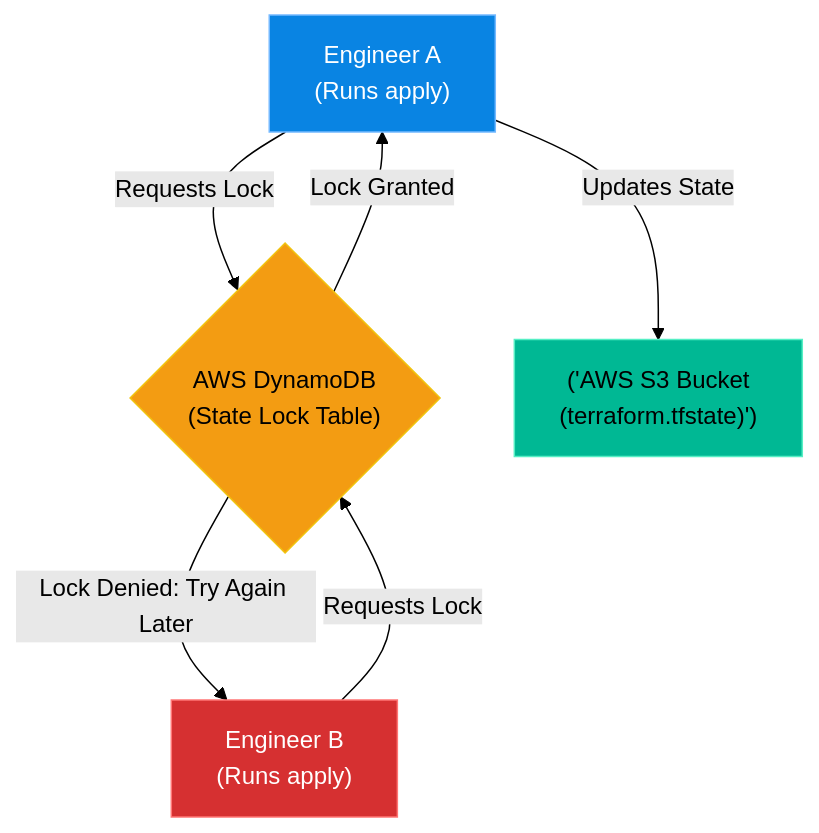
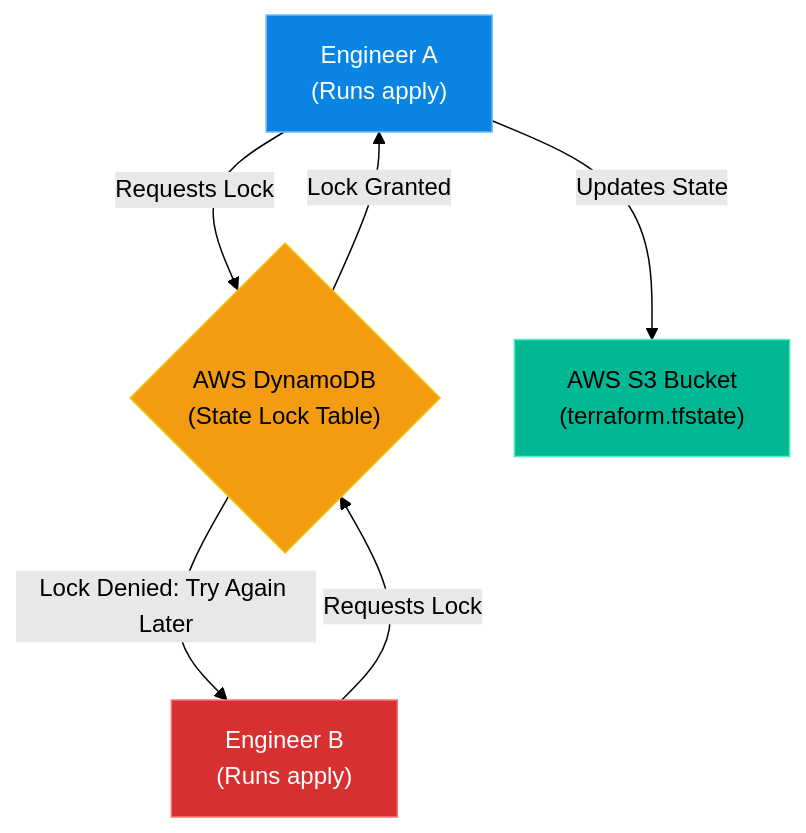
The diagram in volumes/volume04/chapters/V4-C07-cloud-provisioning.md (laxya911/linux-support-engineer-master-handbook), drawn with Mermaid (forest theme) before and after one commit. The commit also changed other lines of this file and 150 other files, not shown here.

````diff
--- a/volumes/volume04/chapters/V4-C07-cloud-provisioning.md
+++ b/volumes/volume04/chapters/V4-C07-cloud-provisioning.md
@@ -43,16 +43,16 @@
 ```mermaid
 flowchart TD
     A["Engineer A \n (Runs apply) "] -->|"Requests Lock "| C{"AWS DynamoDB \n (State Lock Table) "}
     B["Engineer B \n (Runs apply) "] -->|"Requests Lock "| C
     
     C -->|"Lock Granted "| A
     C -->|"Lock Denied: Try Again Later "| B
     
-    A -->|"Updates State "| D["('AWS S3 Bucket \n (terraform.tfstate)') "]
+    A -->|"Updates State "| D["AWS S3 Bucket \n (terraform.tfstate)"]
     
     style A fill:#0984e3,stroke:#74b9ff,color:#fff
     style B fill:#d63031,stroke:#ff7675,color:#fff
     style C fill:#f39c12,stroke:#f1c40f,color:#000
     style D fill:#00b894,stroke:#55efc4,color:#000
 
 ```
````
